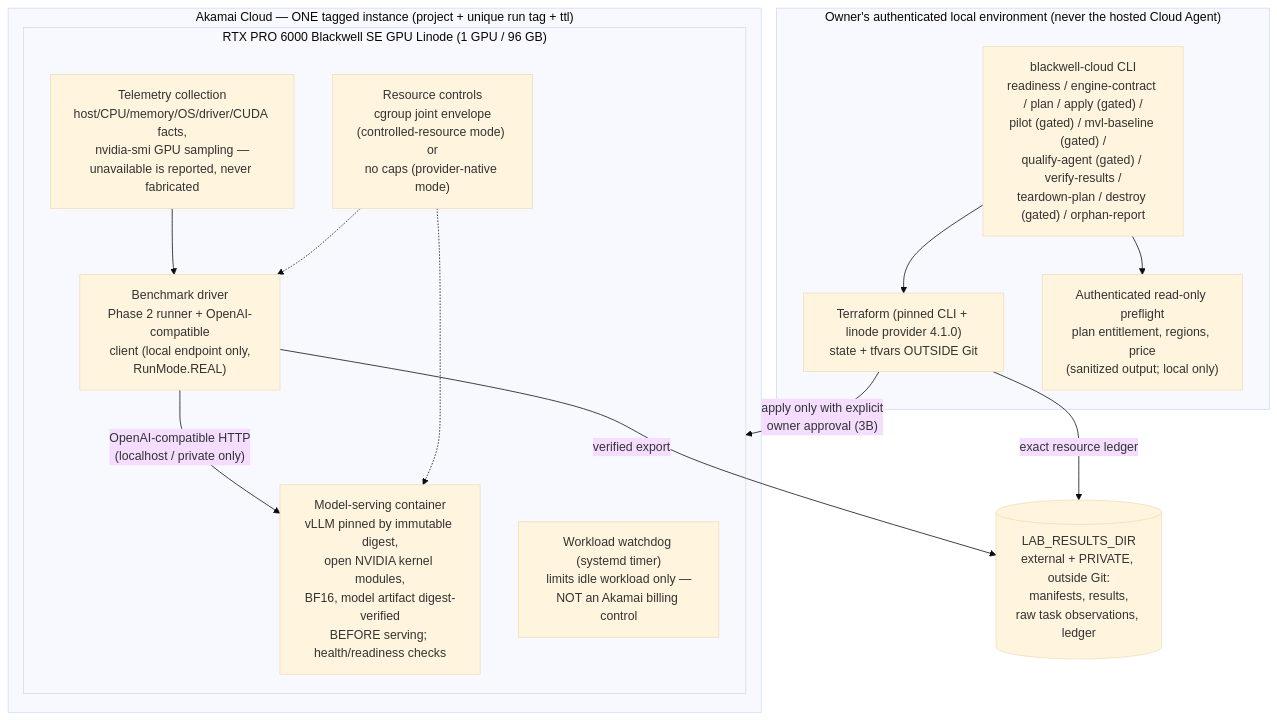
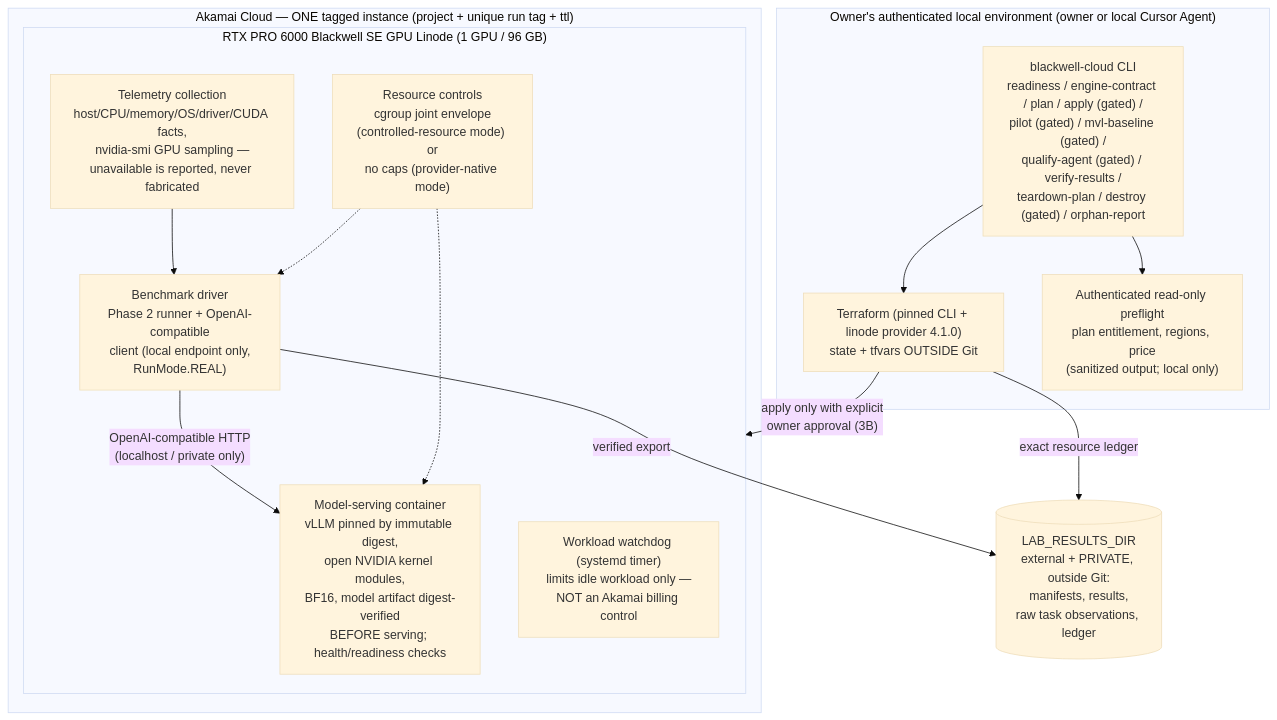
Before and after one commit to jgdynamite10/blackwell-agentic-inference-lab: the third of 4 diagrams in docs/architecture.md, drawn with Mermaid (base theme). The commit also changed other lines of this file and 15 other files, not shown here.

First line of the commit message:
Allow owner-authorized local Cursor billing execution (#43)

````diff
--- a/docs/architecture.md
+++ b/docs/architecture.md
@@ -254,28 +256,28 @@
 ```mermaid
 flowchart TB
-    subgraph operator["Owner's authenticated local environment (never the hosted Cloud Agent)"]
+    subgraph operator["Owner's authenticated local environment (owner or local Cursor Agent)"]
         cli["blackwell-cloud CLI<br/>readiness / engine-contract / plan / apply (gated) /<br/>pilot (gated) / mvl-baseline (gated) /<br/>qualify-agent (gated) / verify-results /<br/>teardown-plan / destroy (gated) / orphan-report"]
         tf["Terraform (pinned CLI + linode provider 4.1.0)<br/>state + tfvars OUTSIDE Git"]
         preflight["Authenticated read-only preflight<br/>plan entitlement, regions, price<br/>(sanitized output; local only)"]
     end
     subgraph akamai["Akamai Cloud — ONE tagged instance (project + unique run tag + ttl)"]
         subgraph inst["RTX PRO 6000 Blackwell SE GPU Linode (1 GPU / 96 GB)"]
             serving["Model-serving container<br/>vLLM pinned by immutable digest,<br/>open NVIDIA kernel modules,<br/>BF16, model artifact digest-verified<br/>BEFORE serving; health/readiness checks"]
             driver["Benchmark driver<br/>Phase 2 runner + OpenAI-compatible<br/>client (local endpoint only,<br/>RunMode.REAL)"]
             telem["Telemetry collection<br/>host/CPU/memory/OS/driver/CUDA facts,<br/>nvidia-smi GPU sampling —<br/>unavailable is reported, never fabricated"]
             limits["Resource controls<br/>cgroup joint envelope<br/>(controlled-resource mode) or<br/>no caps (provider-native mode)"]
             watchdog["Workload watchdog (systemd timer)<br/>limits idle workload only —<br/>NOT an Akamai billing control"]
         end
     end
     external[("LAB_RESULTS_DIR<br/>external + PRIVATE, outside Git:<br/>manifests, results,<br/>raw task observations, ledger")]
 
     cli --> tf
     tf -- "apply only with explicit<br/>owner approval (3B)" --> inst
     cli --> preflight
     driver -- "OpenAI-compatible HTTP<br/>(localhost / private only)" --> serving
     telem --> driver
     limits -.-> serving
     limits -.-> driver
     driver -- "verified export" --> external
     tf -- "exact resource ledger" --> external
 ```
````
